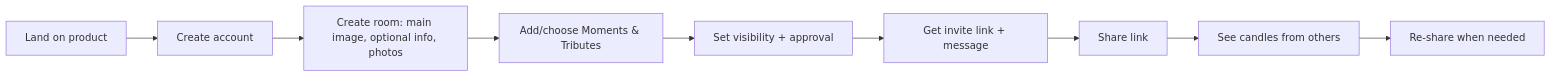
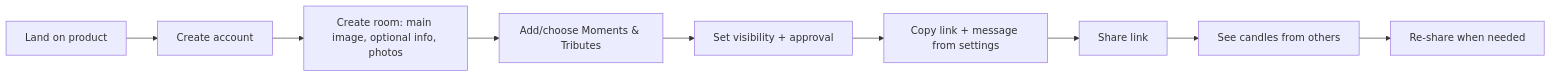
The first of 3 diagrams in _bmad-output/planning-artifacts/ux-design-specification.md (finkelll/afterlight), drawn with Mermaid before and after one commit. The commit also changed other lines of this file and 1 other file, not shown here.

Commit message:
Opus refinement and User flow file names fix

````diff
--- a/_bmad-output/planning-artifacts/ux-design-specification.md
+++ b/_bmad-output/planning-artifacts/ux-design-specification.md
@@ -317,11 +325,11 @@
 ```mermaid
 flowchart LR
   A[Land on product] --> B[Create account]
   B --> C[Create room: main image, optional info, photos]
   C --> D[Add/choose Moments & Tributes]
   D --> E[Set visibility + approval]
-  E --> F[Get invite link + message]
+  E --> F[Copy link + message from settings]
   F --> G[Share link]
   G --> H[See candles from others]
   H --> I[Re-share when needed]
 ```
````
